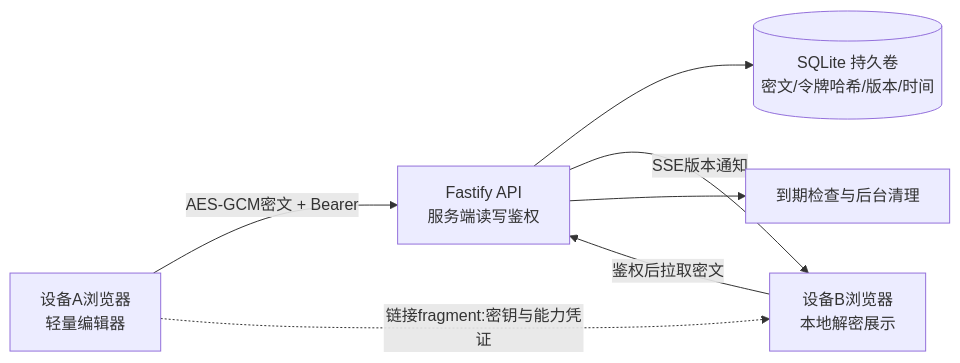
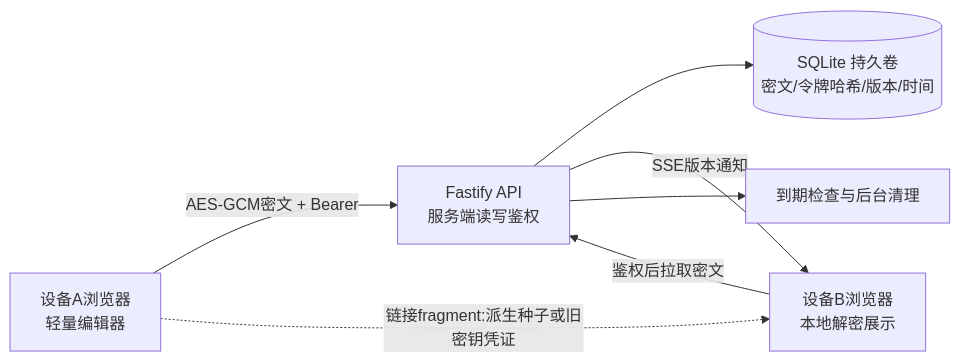
The diagram in docs/ARCHITECTURE.md (xiongwei-git/2Space), drawn with Mermaid before and after one commit. The commit also changed other lines of this file and 24 other files, not shown here.

````diff
--- a/docs/ARCHITECTURE.md
+++ b/docs/ARCHITECTURE.md
@@ -3,9 +3,9 @@
 ```mermaid
 flowchart LR
   A[设备A浏览器<br/>轻量编辑器] -->|AES-GCM密文 + Bearer| API[Fastify API<br/>服务端读写鉴权]
   API --> DB[(SQLite 持久卷<br/>密文/令牌哈希/版本/时间)]
   API -->|SSE版本通知| B[设备B浏览器<br/>本地解密展示]
   B -->|鉴权后拉取密文| API
-  A -.->|链接fragment:密钥与能力凭证| B
+  A -.->|链接fragment:派生种子或旧密钥凭证| B
   API --> TTL[到期检查与后台清理]
 ```
````
